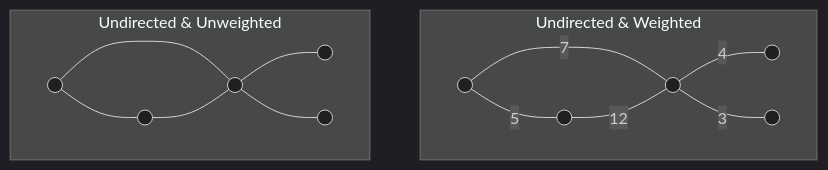
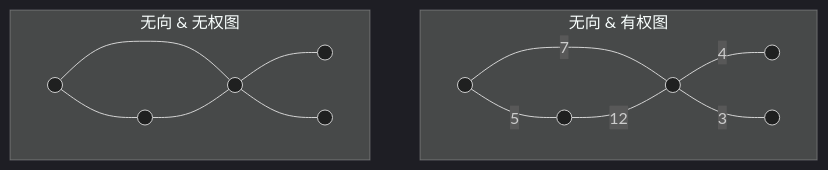
One commit to uncle-yi/uncle-yi.github.io changed the first of 4 diagrams in _posts/2023-01-18-graph-neural-network-basics.md. Above: the diagram before and after it, drawn with Mermaid (dark theme). The commit also changed other lines of this file, not shown here.

````diff
--- a/_posts/2023-01-18-graph-neural-network-basics.md
+++ b/_posts/2023-01-18-graph-neural-network-basics.md
@@ -11,31 +11,31 @@
 ```mermaid
 flowchart TB
 
-subgraph Undirected & Weighted
+subgraph "无向 & 有权图"
 R1(( ))
 R2(( ))
 R3(( ))
 R4(( ))
 R5(( ))
 
 R1--5---R2
 R1--7---R3
 R2--12---R3
 R3--4---R4
 R3--3---R5
 end
 
-subgraph Undirected & Unweighted
+subgraph "无向 & 无权图"
 L1(( ))
 L2(( ))
 L3(( ))
 L4(( ))
 L5(( ))
 
 L1---L2
 L1---L3
 L2---L3
 L3---L4
 L3---L5
 end
 ```
````
